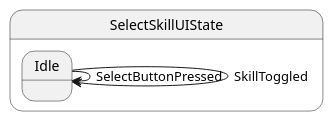
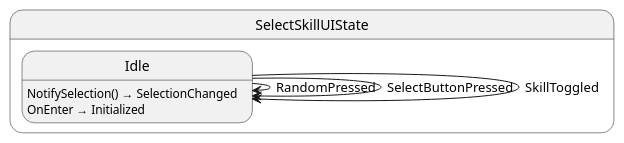
One commit to Ygoat/EternalJourney changed the diagram in src/select_ui/state/SelectSkillUILogic.g.puml. Above: the diagram before and after it, drawn with PlantUML. The commit also changed 63 other files, not shown here.

```diff
--- a/src/select_ui/state/SelectSkillUILogic.g.puml
+++ b/src/select_ui/state/SelectSkillUILogic.g.puml
@@ -1,8 +1,12 @@
 @startuml SelectSkillUIState
 state "SelectSkillUIState" as EternalJourney_SelectUI_State_SelectSkillUIState {
   state "Idle" as EternalJourney_SelectUI_State_SelectSkillUIState_Idle
 }
 
+EternalJourney_SelectUI_State_SelectSkillUIState_Idle --> EternalJourney_SelectUI_State_SelectSkillUIState_Idle : RandomPressed
 EternalJourney_SelectUI_State_SelectSkillUIState_Idle --> EternalJourney_SelectUI_State_SelectSkillUIState_Idle : SelectButtonPressed
 EternalJourney_SelectUI_State_SelectSkillUIState_Idle --> EternalJourney_SelectUI_State_SelectSkillUIState_Idle : SkillToggled
+
+EternalJourney_SelectUI_State_SelectSkillUIState_Idle : NotifySelection() → SelectionChanged
+EternalJourney_SelectUI_State_SelectSkillUIState_Idle : OnEnter → Initialized
 @enduml
```
